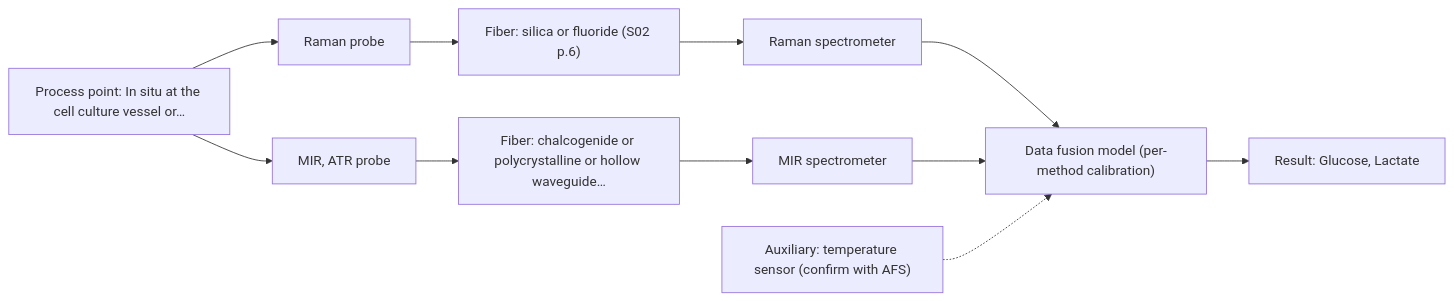
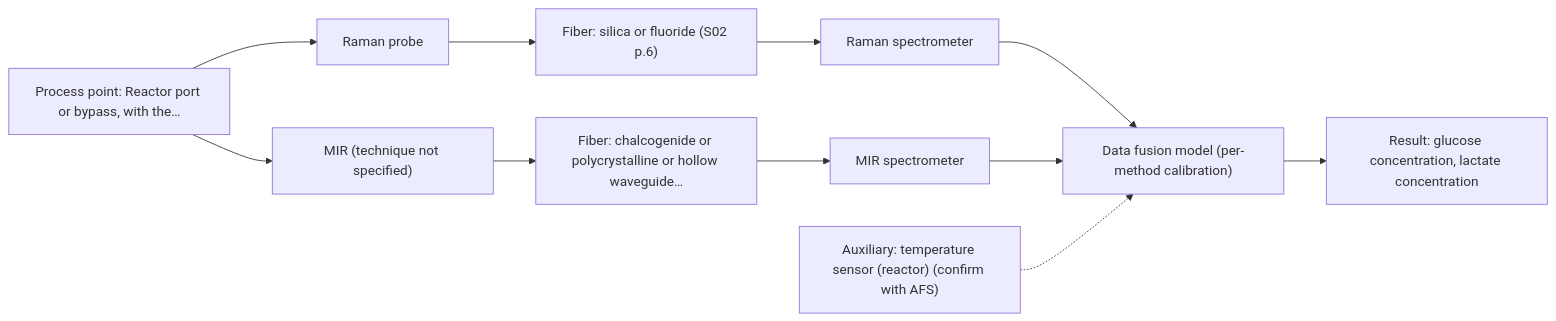
One commit to sleipnir029/Afs-Spectroscopy-Assistant changed the second of 2 diagrams in outputs/dev/D04.md. Above: the diagram before and after it, drawn with Mermaid. The commit also changed other lines of this file and 18 other files, not shown here.

````diff
--- a/outputs/dev/D04.md
+++ b/outputs/dev/D04.md
@@ -68,23 +55,23 @@
 ```mermaid
 flowchart LR
-    proc["Process point: In situ at the cell culture vessel or…"]
+    proc["Process point: Reactor port or bypass, with the…"]
     probe1["Raman probe"]
     fiber1["Fiber: silica or fluoride (S02 p.6)"]
     spec1["Raman spectrometer"]
-    probe2["MIR, ATR probe"]
+    probe2["MIR (technique not specified)"]
     fiber2["Fiber: chalcogenide or polycrystalline or hollow waveguide…"]
     spec2["MIR spectrometer"]
     model["Data fusion model (per-method calibration)"]
-    result["Result: Glucose, Lactate"]
-    aux1["Auxiliary: temperature sensor (confirm with AFS)"]
+    result["Result: glucose concentration, lactate concentration"]
+    aux1["Auxiliary: temperature sensor (reactor) (confirm with AFS)"]
     proc --> probe1
     probe1 --> fiber1
     fiber1 --> spec1
     spec1 --> model
     proc --> probe2
     probe2 --> fiber2
     fiber2 --> spec2
     spec2 --> model
     model --> result
     aux1 -.-> model
 ```
````
